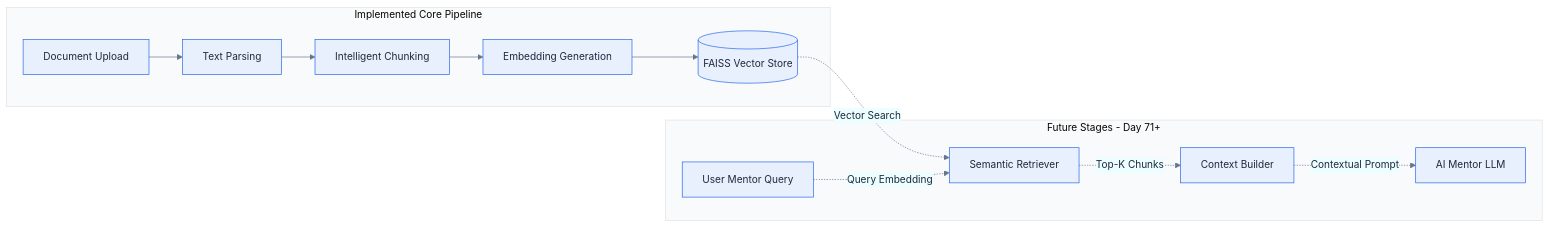
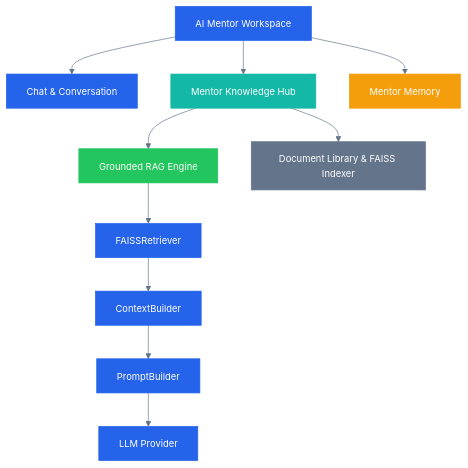
Diagram 15 of 20 in README.md (joshi-chinmay-016/SkillSwap), drawn with Mermaid before and after one commit. The commit also changed other lines of this file and 18 other files, not shown here.

Commit message:
feat(rag): build grounded generation pipeline and unify AI mentor experience

````diff
--- a/README.md
+++ b/README.md
@@ -677,28 +680,32 @@
 ```mermaid
 %%{init: {
-"theme":"base",
-"themeVariables":{
-"primaryColor":"#E8F0FE",
-"primaryBorderColor":"#2563EB",
-"primaryTextColor":"#1E293B",
-"secondaryColor":"#ECFEFF",
-"tertiaryColor":"#F8FAFC",
-"lineColor":"#64748B",
-"fontSize":"15px"
-}
+  "theme": "base",
+  "themeVariables": {
+    "primaryColor": "#2563EB",
+    "primaryBorderColor": "#2563EB",
+    "primaryTextColor": "#FFFFFF",
+    "secondaryColor": "#14B8A6",
+    "tertiaryColor": "#F8FAFC",
+    "lineColor": "#64748B",
+    "fontSize": "14px"
+  }
 }}%%
-flowchart LR
-    subgraph Implemented [Implemented Core Pipeline]
-        Doc[Document Upload] --> Parse[Text Parsing]
-        Parse --> Chunk[Intelligent Chunking]
-        Chunk --> Embed[Embedding Generation]
-        Embed --> FAISS[(FAISS Vector Store)]
-    end
+flowchart TD
+    Mentor[AI Mentor Workspace] --> Chat[Chat & Conversation]
+    Mentor --> Knowledge[Mentor Knowledge Hub]
+    Mentor --> Memory[Mentor Memory]
 
-    subgraph FutureRAG [Future Stages - Day 71+]
-        FAISS -. Vector Search .-> Retriever[Semantic Retriever]
-        UserQuery[User Mentor Query] -. Query Embedding .-> Retriever
-        Retriever -. Top-K Chunks .-> PromptBuilder[Context Builder]
-        PromptBuilder -. Contextual Prompt .-> LLM[AI Mentor LLM]
-    end
+    Knowledge --> RAG[Grounded RAG Engine]
+    Knowledge --> Library[Document Library & FAISS Indexer]
+
+    RAG --> Ret[FAISSRetriever]
+    Ret --> Context[ContextBuilder]
+    Context --> Prompt[PromptBuilder]
+    Prompt --> LLM[LLM Provider]
+
+    style Mentor fill:#2563EB,color:#FFFFFF,stroke:#2563EB
+    style Knowledge fill:#14B8A6,color:#FFFFFF,stroke:#14B8A6
+    style Memory fill:#F59E0B,color:#FFFFFF,stroke:#F59E0B
+    style RAG fill:#22C55E,color:#FFFFFF,stroke:#22C55E
+    style Library fill:#64748B,color:#FFFFFF,stroke:#64748B
 ```
````
